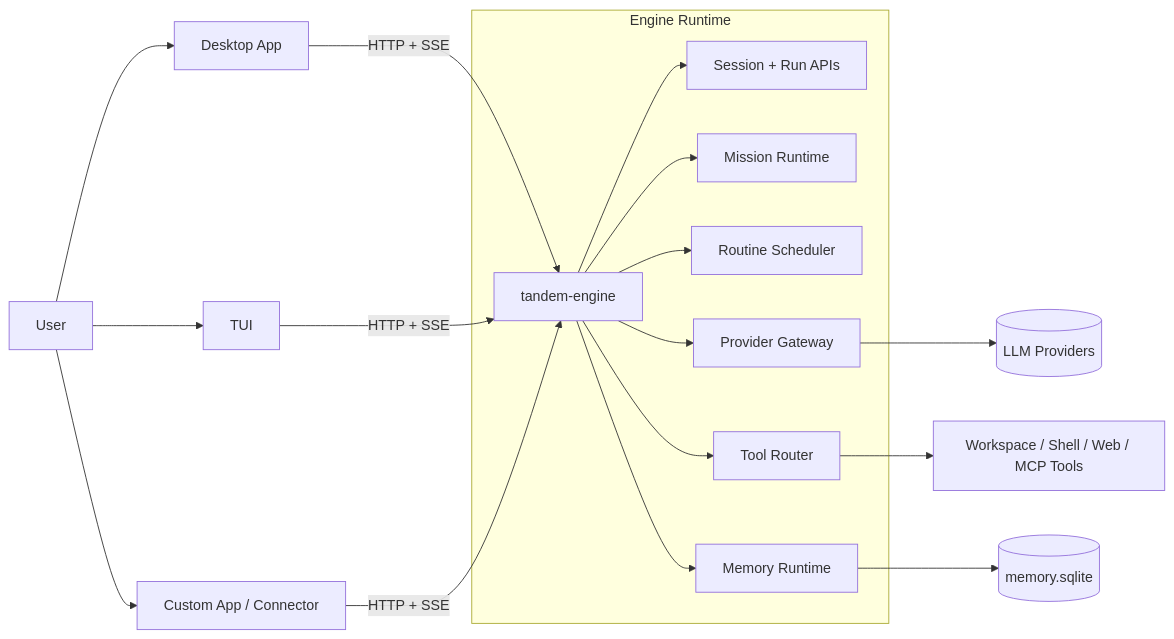
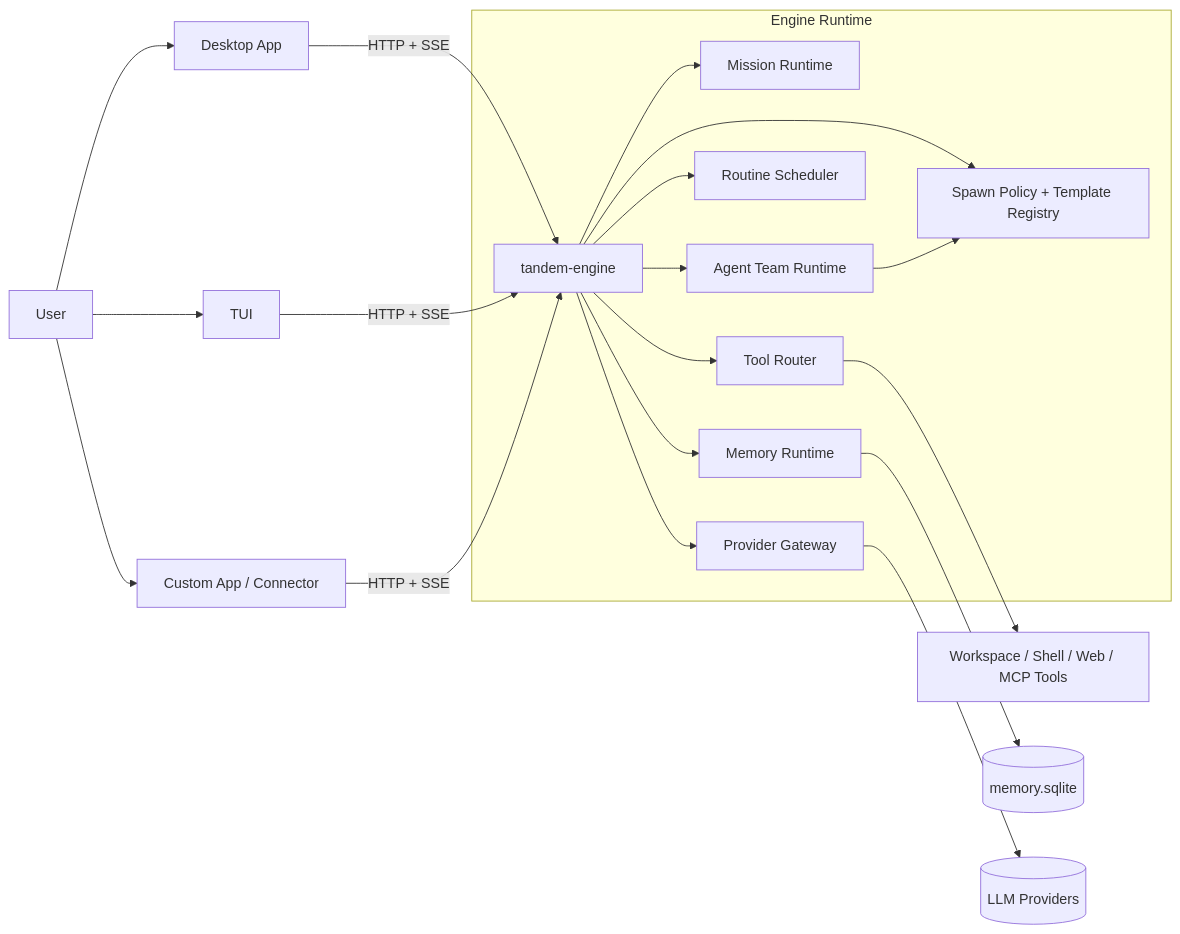
One commit to frumu-ai/tandem changed the first of 3 diagrams in guide/src/content/docs/architecture.md. Above: the diagram before and after it, drawn with Mermaid. The commit also changed 52 other files, not shown here.

````diff
--- a/guide/src/content/docs/architecture.md
+++ b/guide/src/content/docs/architecture.md
@@ -9,22 +9,24 @@
 ```mermaid
 flowchart LR
   U[User] --> D[Desktop App]
   U --> T[TUI]
   U --> X[Custom App / Connector]
   D -->|HTTP + SSE| E[tandem-engine]
   T -->|HTTP + SSE| E
   X -->|HTTP + SSE| E
 
   subgraph Engine Runtime
     E --> S[Session + Run APIs]
     E --> M[Mission Runtime]
+    E --> AT[Agent Team Runtime]
     E --> R[Routine Scheduler]
     E --> P[Provider Gateway]
     E --> TOOLS[Tool Router]
     E --> MEM[Memory Runtime]
   end
 
   TOOLS --> FS[Workspace / Shell / Web / MCP Tools]
+  AT --> S[Spawn Policy + Template Registry]
   MEM --> DB[(memory.sqlite)]
   P --> LLM[(LLM Providers)]
 ```
````
